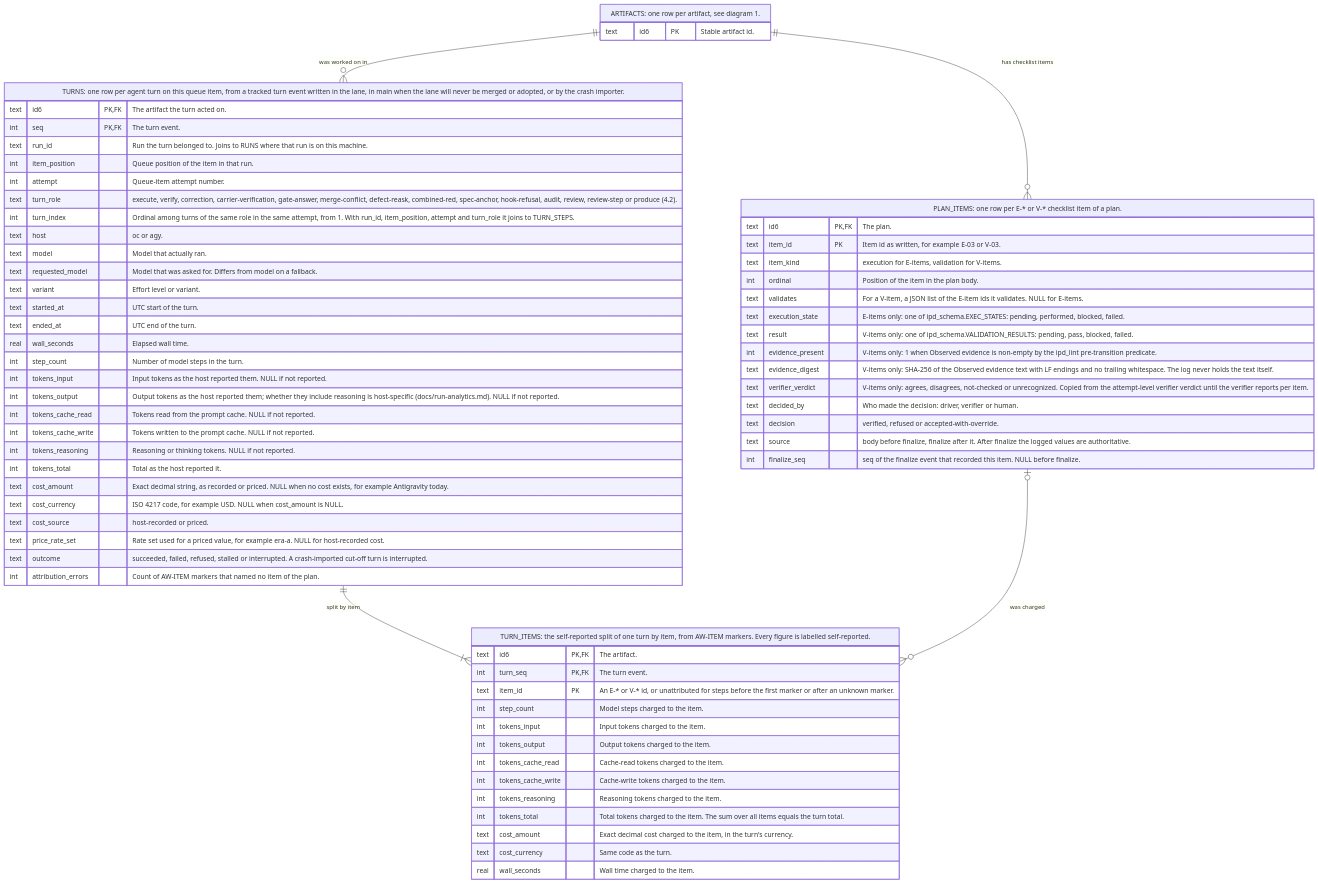
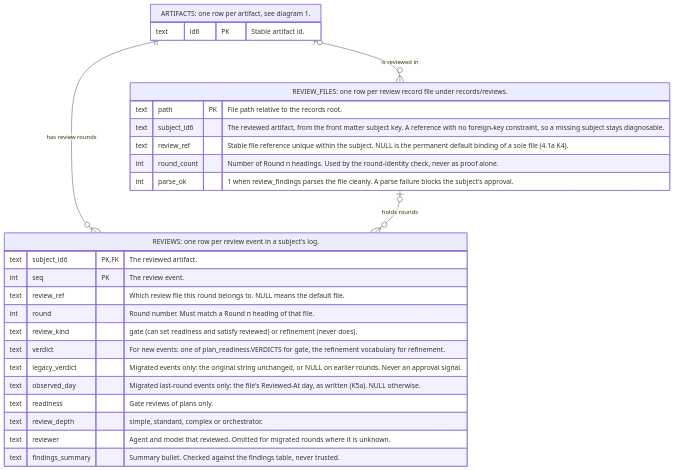
The third of 10 diagrams in .aw/records/specs/reviewed/20260925-metastore-01-4sd62s-artifact-metadata-store.spec.md (fariello/agent-workflows), drawn with Mermaid before and after one commit. The commit also changed other lines of this file and 2 other files, not shown here.

First line of the commit message:
spec: split 4sd62s scope into 37am1y (execution record) and bfuzs6 (run index); core keeps store, log format, path history, short description, migration

````diff
--- a/.aw/records/specs/reviewed/20260925-metastore-01-4sd62s-artifact-metadata-store.spec.md
+++ b/.aw/records/specs/reviewed/20260925-metastore-01-4sd62s-artifact-metadata-store.spec.md
@@ -1788,70 +1497,30 @@
 ```mermaid
 erDiagram
     ARTIFACTS["ARTIFACTS: one row per artifact, see diagram 1."] {
         text id6 PK "Stable artifact id."
     }
-    PLAN_ITEMS["PLAN_ITEMS: one row per E-* or V-* checklist item of a plan."] {
-        text id6 PK, FK "The plan."
-        text item_id PK "Item id as written, for example E-03 or V-03."
-        text item_kind "execution for E-items, validation for V-items."
-        int ordinal "Position of the item in the plan body."
-        text validates "For a V-item, a JSON list of the E-item ids it validates. NULL for E-items."
-        text execution_state "E-items only: one of ipd_schema.EXEC_STATES: pending, performed, blocked, failed."
-        text result "V-items only: one of ipd_schema.VALIDATION_RESULTS: pending, pass, blocked, failed."
-        int evidence_present "V-items only: 1 when Observed evidence is non-empty by the ipd_lint pre-transition predicate."
-        text evidence_digest "V-items only: SHA-256 of the Observed evidence text with LF endings and no trailing whitespace. The log never holds the text itself."
-        text verifier_verdict "V-items only: agrees, disagrees, not-checked or unrecognized. Copied from the attempt-level verifier verdict until the verifier reports per item."
-        text decided_by "Who made the decision: driver, verifier or human."
-        text decision "verified, refused or accepted-with-override."
-        text source "body before finalize, finalize after it. After finalize the logged values are authoritative."
-        int finalize_seq "seq of the finalize event that recorded this item. NULL before finalize."
+    REVIEW_FILES["REVIEW_FILES: one row per review record file under records/reviews."] {
+        text path PK "File path relative to the records root."
+        text subject_id6 "The reviewed artifact, from the front matter subject key. A reference with no foreign-key constraint, so a missing subject stays diagnosable."
+        text review_ref "Stable file reference unique within the subject. NULL is the permanent default binding of a sole file (4.1a K4)."
+        int round_count "Number of Round n headings. Used by the round-identity check, never as proof alone."
+        int parse_ok "1 when review_findings parses the file cleanly. A parse failure blocks the subject's approval."
     }
-    TURNS["TURNS: one row per agent turn on this queue item, from a tracked turn event written in the lane, in main when the lane will never be merged or adopted, or by the crash importer."] {
-        text id6 PK, FK "The artifact the turn acted on."
-        int seq PK, FK "The turn event."
-        text run_id "Run the turn belonged to. Joins to RUNS where that run is on this machine."
-        int item_position "Queue position of the item in that run."
-        int attempt "Queue-item attempt number."
-        text turn_role "execute, verify, correction, carrier-verification, gate-answer, merge-conflict, defect-reask, combined-red, spec-anchor, hook-refusal, audit, review, review-step or produce (4.2)."
-        int turn_index "Ordinal among turns of the same role in the same attempt, from 1. With run_id, item_position, attempt and turn_role it joins to TURN_STEPS."
-        text host "oc or agy."
-        text model "Model that actually ran."
-        text requested_model "Model that was asked for. Differs from model on a fallback."
-        text variant "Effort level or variant."
-        text started_at "UTC start of the turn."
-        text ended_at "UTC end of the turn."
-        real wall_seconds "Elapsed wall time."
-        int step_count "Number of model steps in the turn."
-        int tokens_input "Input tokens as the host reported them. NULL if not reported."
-        int tokens_output "Output tokens as the host reported them; whether they include reasoning is host-specific (docs/run-analytics.md). NULL if not reported."
-        int tokens_cache_read "Tokens read from the prompt cache. NULL if not reported."
-        int tokens_cache_write "Tokens written to the prompt cache. NULL if not reported."
-        int tokens_reasoning "Reasoning or thinking tokens. NULL if not reported."
-        int tokens_total "Total as the host reported it."
-        text cost_amount "Exact decimal string, as recorded or priced. NULL when no cost exists, for example Antigravity today."
-        text cost_currency "ISO 4217 code, for example USD. NULL when cost_amount is NULL."
-        text cost_source "host-recorded or priced."
-        text price_rate_set "Rate set used for a priced value, for example era-a. NULL for host-recorded cost."
-        text outcome "succeeded, failed, refused, stalled or interrupted. A crash-imported cut-off turn is interrupted."
-        int attribution_errors "Count of AW-ITEM markers that named no item of the plan."
+    REVIEWS["REVIEWS: one row per review event in a subject's log."] {
+        text subject_id6 PK, FK "The reviewed artifact."
+        int seq PK "The review event."
+        text review_ref "Which review file this round belongs to. NULL means the default file."
+        int round "Round number. Must match a Round n heading of that file."
+        text review_kind "gate (can set readiness and satisfy reviewed) or refinement (never does)."
+        text verdict "For new events: one of plan_readiness.VERDICTS for gate, the refinement vocabulary for refinement."
+        text legacy_verdict "Migrated events only: the original string unchanged, or NULL on earlier rounds. Never an approval signal."
+        text observed_day "Migrated last-round events only: the file's Reviewed-At day, as written (K5a). NULL otherwise."
+        text readiness "Gate reviews of plans only."
+        text review_depth "simple, standard, complex or orchestrator."
+        text reviewer "Agent and model that reviewed. Omitted for migrated rounds where it is unknown."
+        text findings_summary "Summary bullet. Checked against the findings table, never trusted."
     }
-    TURN_ITEMS["TURN_ITEMS: the self-reported split of one turn by item, from AW-ITEM markers. Every figure is labelled self-reported."] {
-        text id6 PK, FK "The artifact."
-        int turn_seq PK, FK "The turn event."
-        text item_id PK "An E-* or V-* id, or unattributed for steps before the first marker or after an unknown marker."
-        int step_count "Model steps charged to the item."
-        int tokens_input "Input tokens charged to the item."
-        int tokens_output "Output tokens charged to the item."
-        int tokens_cache_read "Cache-read tokens charged to the item."
-        int tokens_cache_write "Cache-write tokens charged to the item."
-        int tokens_reasoning "Reasoning tokens charged to the item."
-        int tokens_total "Total tokens charged to the item. The sum over all items equals the turn total."
-        text cost_amount "Exact decimal cost charged to the item, in the turn's currency."
-        text cost_currency "Same code as the turn."
-        real wall_seconds "Wall time charged to the item."
-    }
-    ARTIFACTS ||--o{ PLAN_ITEMS : "has checklist items"
-    ARTIFACTS ||--o{ TURNS : "was worked on in"
-    TURNS ||--|{ TURN_ITEMS : "split by item"
-    PLAN_ITEMS |o--o{ TURN_ITEMS : "was charged"
+    ARTIFACTS |o--o{ REVIEW_FILES : "is reviewed in"
+    ARTIFACTS ||--o{ REVIEWS : "has review rounds"
+    REVIEW_FILES |o--o{ REVIEWS : "holds rounds"
 ```
````
